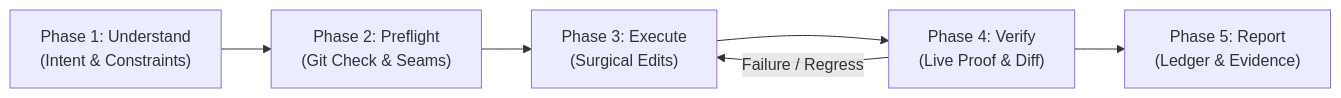
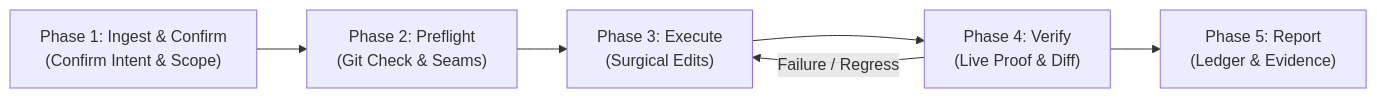
One commit to RudyCity/superagent changed the diagram in .agents/skills/instruction-fidelity/SKILL.md. Above: the diagram before and after it, drawn with Mermaid. The commit also changed other lines of this file and 3 other files, not shown here.

````diff
--- a/.agents/skills/instruction-fidelity/SKILL.md
+++ b/.agents/skills/instruction-fidelity/SKILL.md
@@ -40,8 +42,8 @@
 ```mermaid
 flowchart LR
-    P1["Phase 1: Understand<br>(Intent & Constraints)"] --> P2["Phase 2: Preflight<br>(Git Check & Seams)"]
+    P1["Phase 1: Ingest & Confirm<br>(Confirm Intent & Scope)"] --> P2["Phase 2: Preflight<br>(Git Check & Seams)"]
     P2 --> P3["Phase 3: Execute<br>(Surgical Edits)"]
     P3 --> P4["Phase 4: Verify<br>(Live Proof & Diff)"]
     P4 --> P5["Phase 5: Report<br>(Ledger & Evidence)"]
     P4 -- Failure / Regress --> P3
 ```
````
